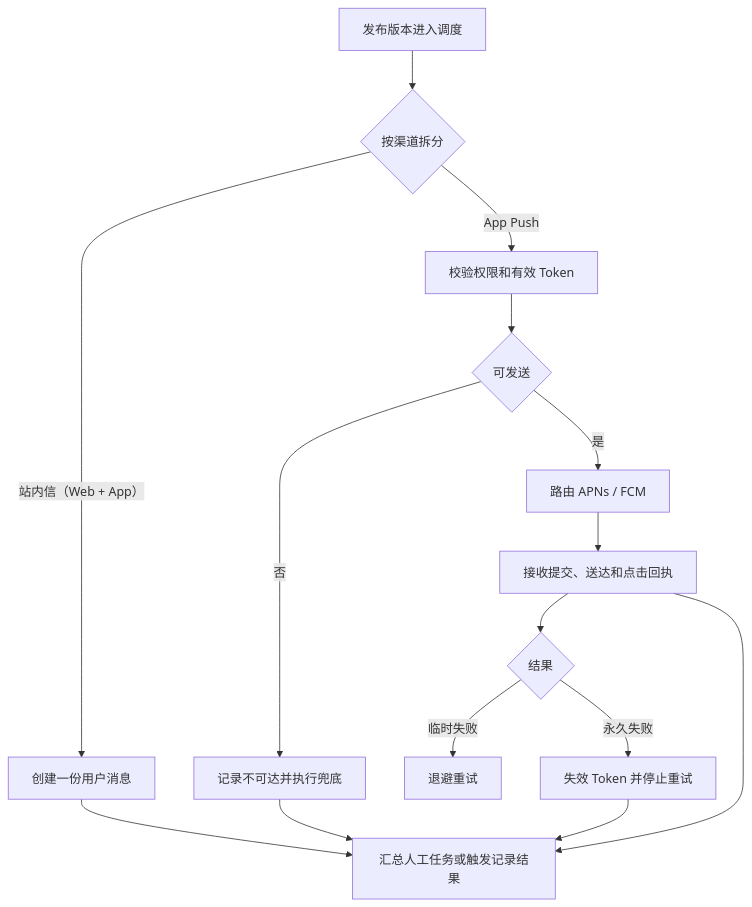
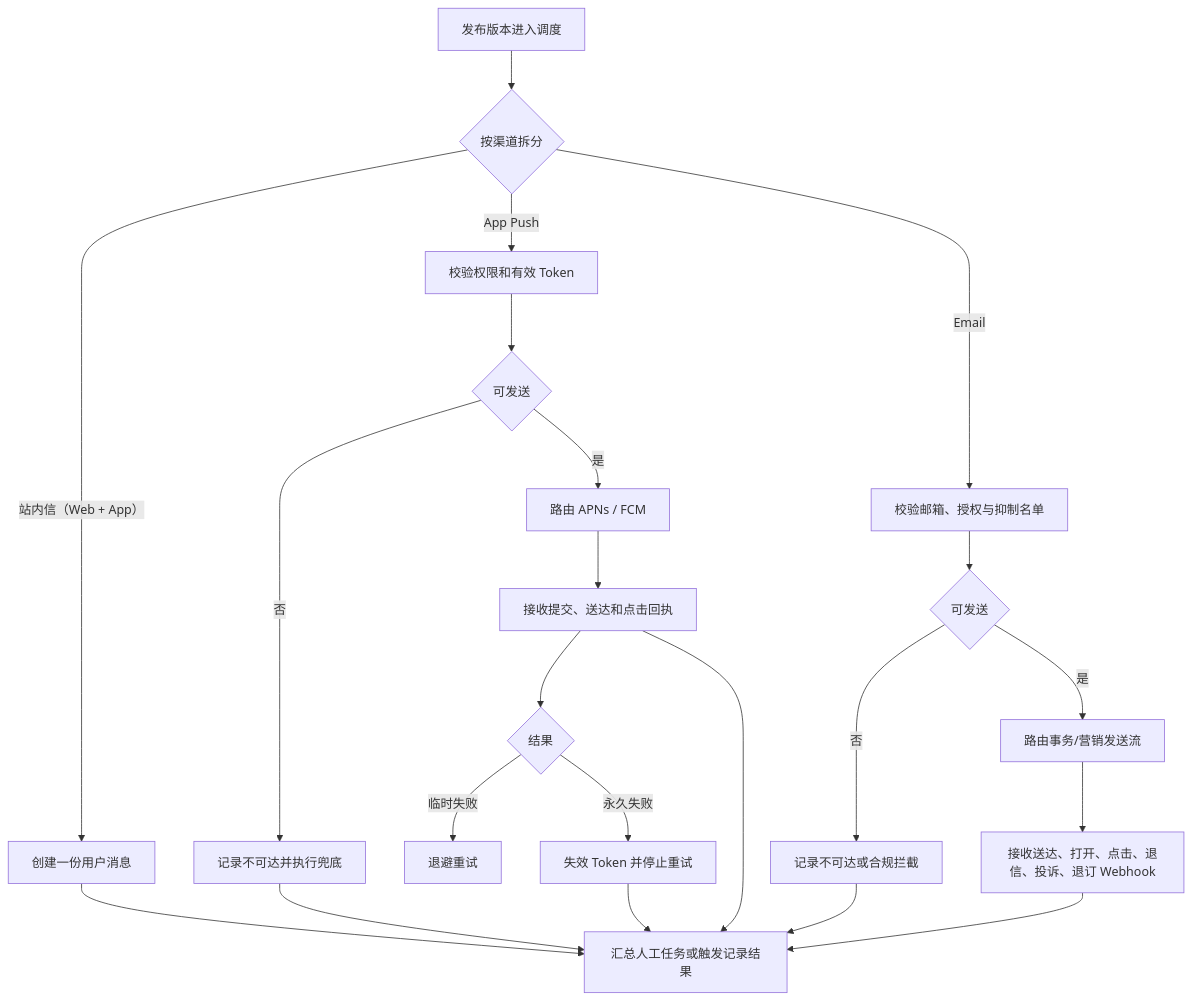
Before and after one commit to Gary20001016/ForX-Finance-Prototype: the diagram in docs/prd/message-center/07-渠道与发送记录.md, drawn with Mermaid. The commit also changed other lines of this file and 13 other files, not shown here.

````diff
--- a/docs/prd/message-center/07-渠道与发送记录.md
+++ b/docs/prd/message-center/07-渠道与发送记录.md
@@ -32,17 +32,24 @@
 ```mermaid
 flowchart TD
     A["发布版本进入调度"] --> B{"按渠道拆分"}
     B -->|"站内信（Web + App）"| C["创建一份用户消息"]
     B -->|"App Push"| D["校验权限和有效 Token"]
+    B -->|"Email"| M["校验邮箱、授权与抑制名单"]
     D --> E{"可发送"}
     E -->|"否"| F["记录不可达并执行兜底"]
     E -->|"是"| G["路由 APNs / FCM"]
     G --> H["接收提交、送达和点击回执"]
     H --> I{"结果"}
     I -->|"临时失败"| J["退避重试"]
     I -->|"永久失败"| K["失效 Token 并停止重试"]
     C --> L["汇总人工任务或触发记录结果"]
     F --> L
     H --> L
     K --> L
+    M --> N{"可发送"}
+    N -->|"否"| O["记录不可达或合规拦截"]
+    N -->|"是"| P["路由事务/营销发送流"]
+    P --> Q["接收送达、打开、点击、退信、投诉、退订 Webhook"]
+    O --> L
+    Q --> L
 ```
````
